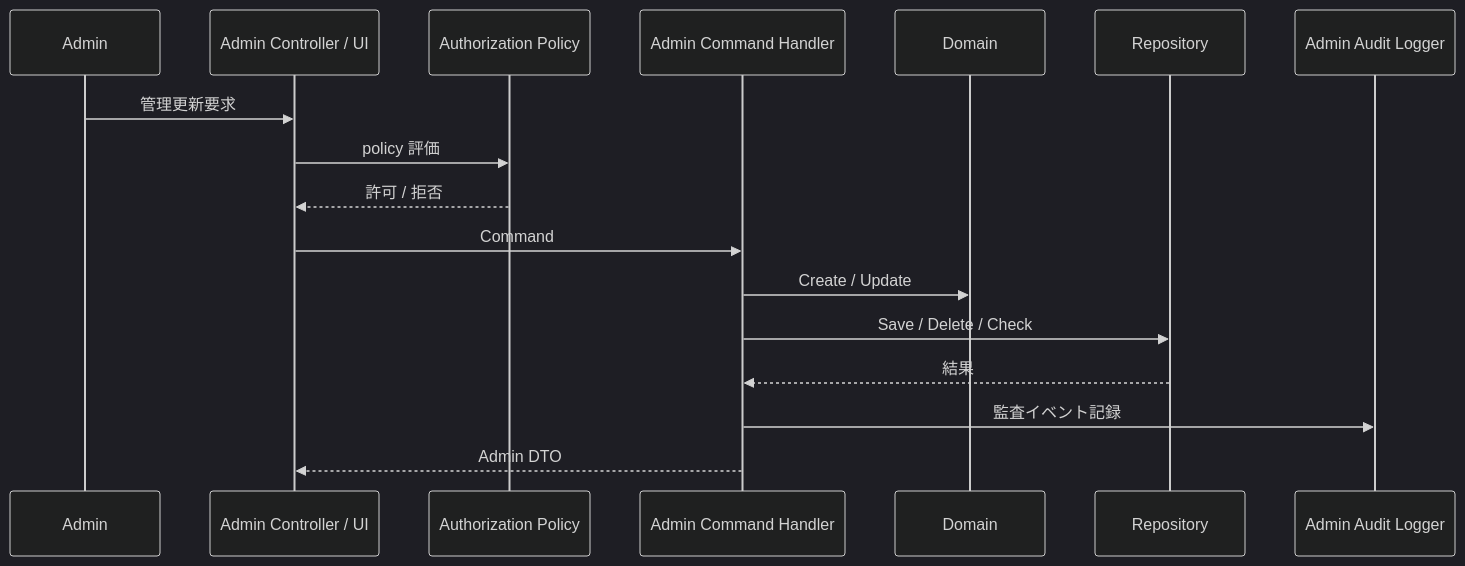
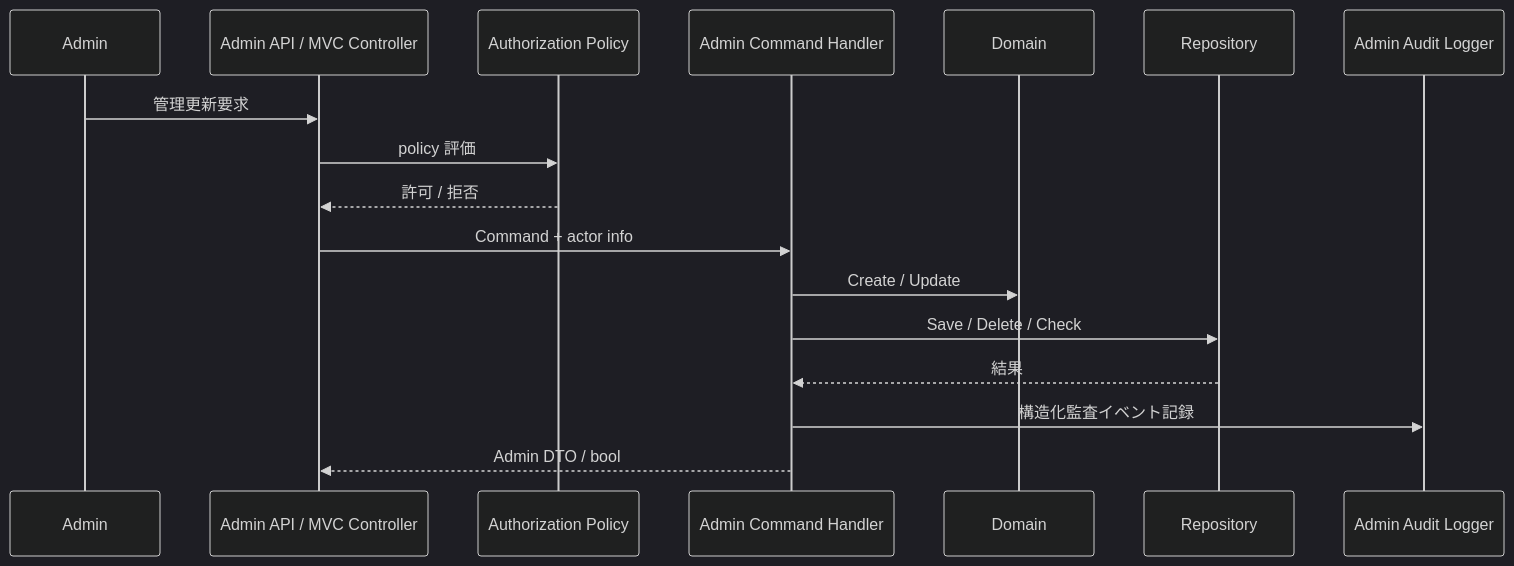
Before and after one commit to p-o-ke-nae/pokemondamagecalculatorforstory: the fourth of 4 diagrams in docs/design/architecture-overview.md, drawn with Mermaid (dark theme). The commit also changed other lines of this file and 4 other files, not shown here.

````diff
--- a/docs/design/architecture-overview.md
+++ b/docs/design/architecture-overview.md
@@ -153,20 +175,20 @@
 ```mermaid
 sequenceDiagram
     participant Admin
-    participant Web as Admin Controller / UI
+    participant Web as Admin API / MVC Controller
     participant Policy as Authorization Policy
     participant Command as Admin Command Handler
     participant Domain
     participant Repo as Repository
     participant Audit as Admin Audit Logger
 
     Admin->>Web: 管理更新要求
     Web->>Policy: policy 評価
     Policy-->>Web: 許可 / 拒否
-    Web->>Command: Command
+    Web->>Command: Command + actor info
     Command->>Domain: Create / Update
     Command->>Repo: Save / Delete / Check
     Repo-->>Command: 結果
-    Command->>Audit: 監査イベント記録
-    Command-->>Web: Admin DTO
+    Command->>Audit: 構造化監査イベント記録
+    Command-->>Web: Admin DTO / bool
 ```
````
